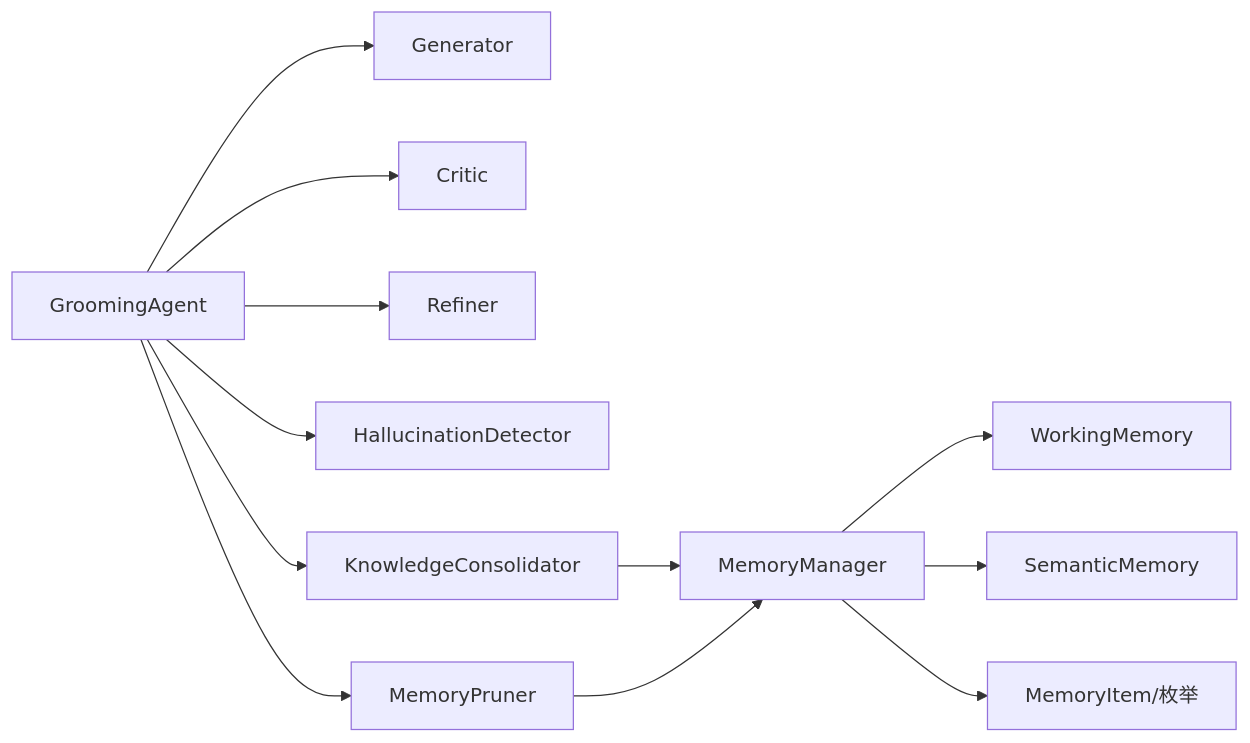
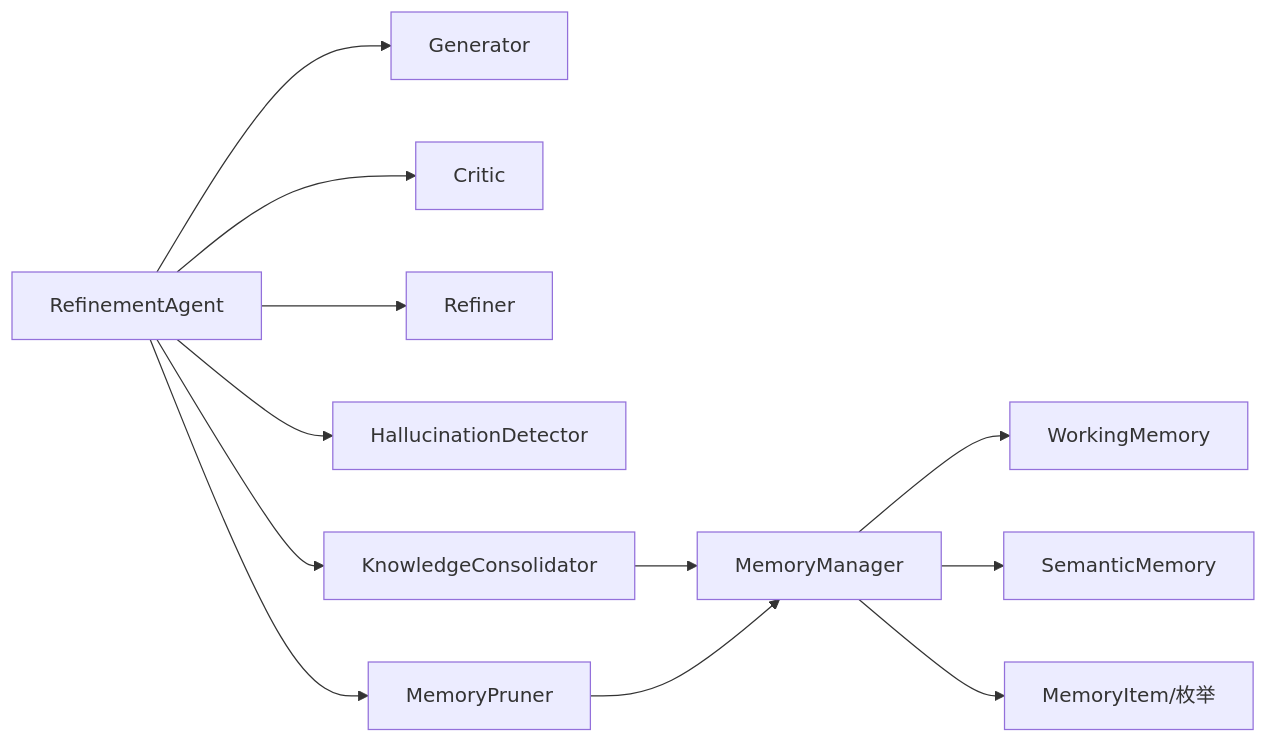
One commit to JieGaoPrinceton/NecoRAG changed diagram 11 of 11 in .qoder/repowiki/zh/content/核心模块详解/Grooming Agent - 巩固层/Grooming Agent - 巩固层.md. Above: the diagram before and after it, drawn with Mermaid. The commit also changed other lines of this file and 23 other files, not shown here.

````diff
--- a/.qoder/repowiki/zh/content/核心模块详解/Grooming Agent - 巩固层/Grooming Agent - 巩固层.md
+++ b/.qoder/repowiki/zh/content/核心模块详解/Grooming Agent - 巩固层/Grooming Agent - 巩固层.md
@@ -422,14 +424,14 @@
 ```mermaid
 graph LR
-GA["GroomingAgent"] --> GEN["Generator"]
+GA["RefinementAgent"] --> GEN["Generator"]
 GA --> CRIT["Critic"]
 GA --> REF["Refiner"]
 GA --> HAL["HallucinationDetector"]
 GA --> CONS["KnowledgeConsolidator"]
 GA --> PRUNE["MemoryPruner"]
 CONS --> MM["MemoryManager"]
 PRUNE --> MM
 MM --> WM["WorkingMemory"]
 MM --> SM["SemanticMemory"]
 MM --> MI["MemoryItem/枚举"]
 ```
````
